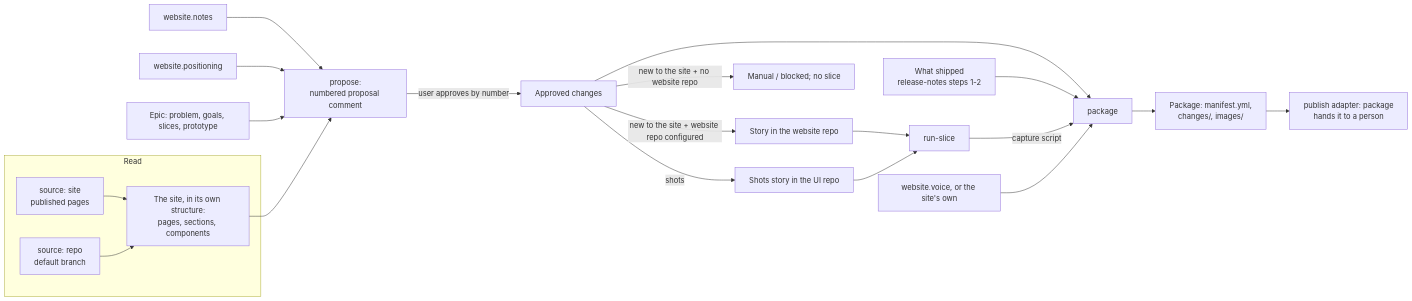
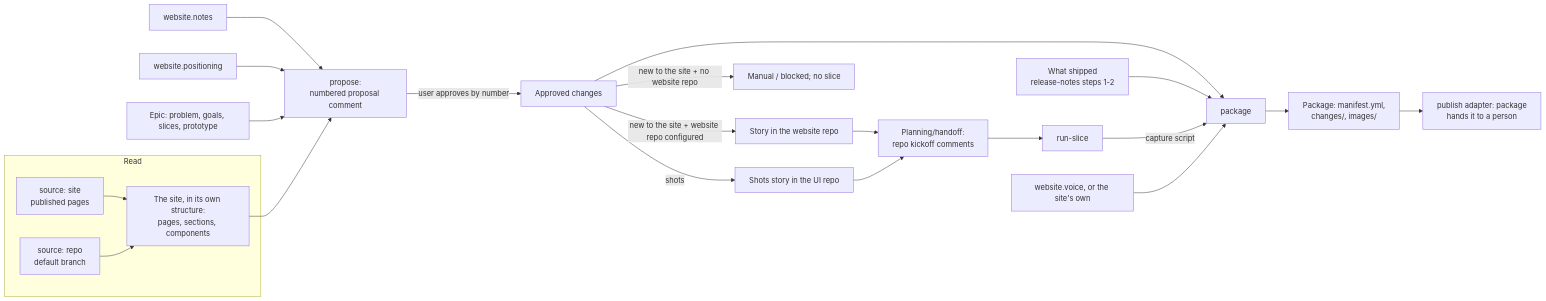
Before and after one commit to Beakpoint-Insights/roost: the diagram in docs/design/issue-125-website-content.md, drawn with Mermaid. The commit also changed other lines of this file, not shown here.

Commit message:
Clarify website content slice handoff

````diff
--- a/docs/design/issue-125-website-content.md
+++ b/docs/design/issue-125-website-content.md
@@ -16,23 +16,24 @@
 ```mermaid
 flowchart LR
   subgraph Read
     S1[source: site<br/>published pages] --> V[The site, in its own structure:<br/>pages, sections, components]
     S2[source: repo<br/>default branch] --> V
   end
   N[website.notes] --> P
   POS[website.positioning] --> P
   E[Epic: problem, goals, slices, prototype] --> P
   V --> P[propose:<br/>numbered proposal comment]
   P -->|user approves by number| A[Approved changes]
   A -->|new to the site + website repo configured| ST1[Story in the website repo]
   A -->|new to the site + no website repo| MB[Manual / blocked; no slice]
   A -->|shots| ST2[Shots story in the UI repo]
-  ST1 --> RS[run-slice]
-  ST2 --> RS
+  ST1 --> H[Planning/handoff:<br/>repo kickoff comments]
+  ST2 --> H
+  H --> RS[run-slice]
   A --> K[package]
   SH[What shipped<br/>release-notes steps 1-2] --> K
   RS -->|capture script| K
   VO[website.voice, or the site's own] --> K
   K --> PK[Package: manifest.yml,<br/>changes/, images/]
   PK --> PUB[publish adapter: package<br/>hands it to a person]
 ```
````
